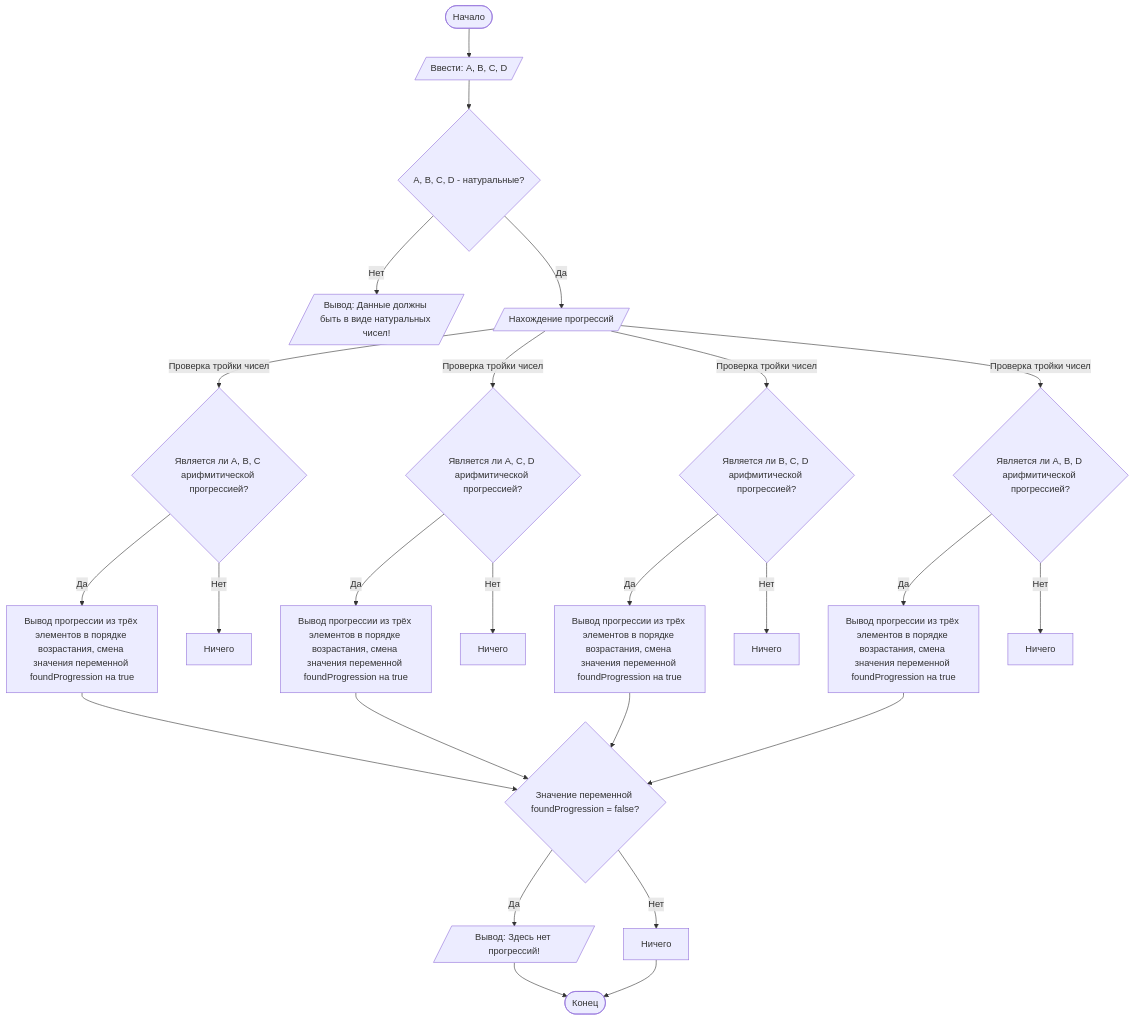
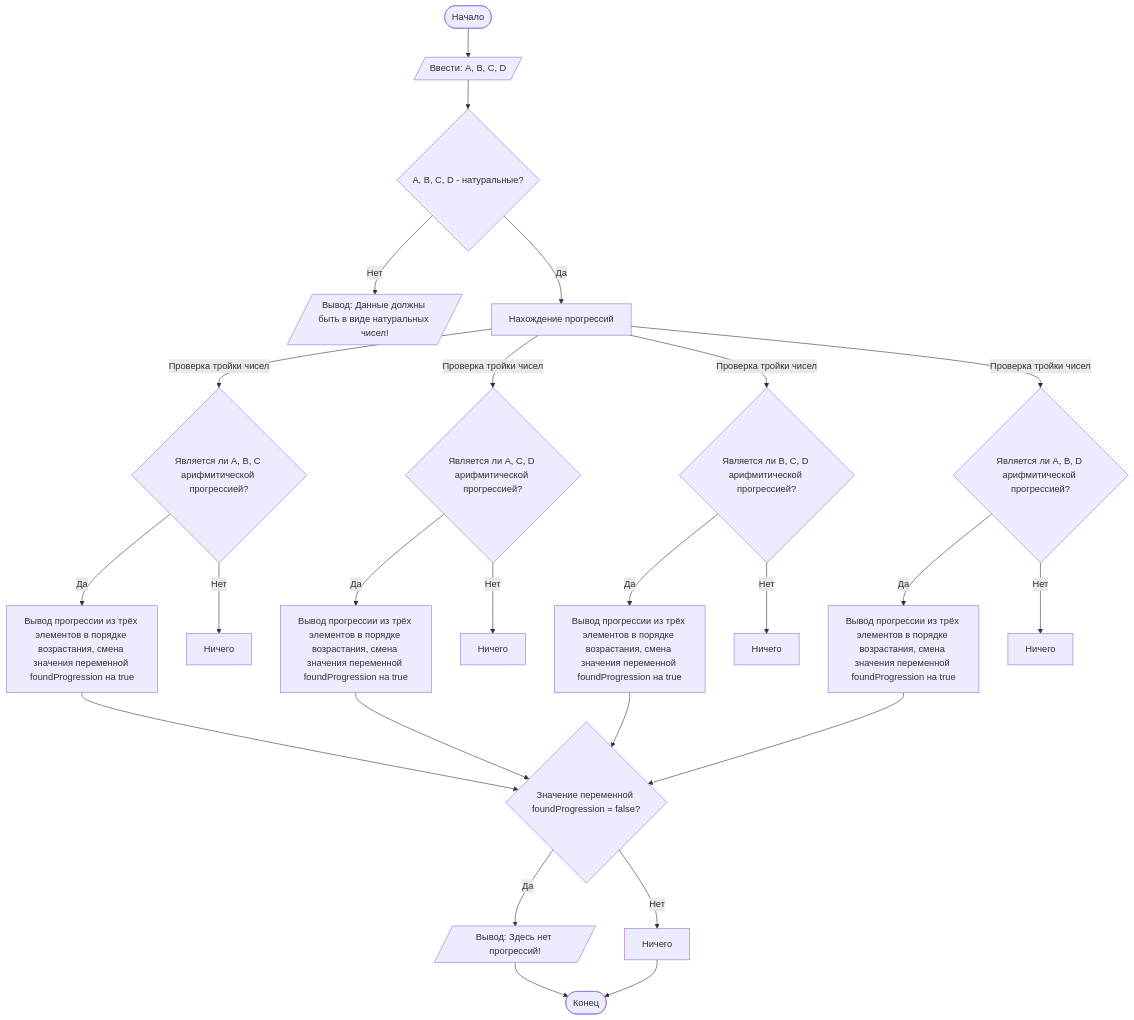
Before and after one commit to Matvey-Kh/Lab1: the diagram in README.md, drawn with Mermaid.

````diff
--- a/README.md
+++ b/README.md
@@ -92,26 +92,26 @@
 ```mermaid
 graph TD
     A([Начало]) --> B[/Ввести: A, B, C, D/]
     B --> C{A, B, C, D - натуральные?}
     C -- Нет --> D[/Вывод: Данные должны быть в виде натуральных чисел!/]
-    C -- Да --> L[/Нахождение прогрессий/]
+    C -- Да --> L[Нахождение прогрессий]
     L -- Проверка тройки чисел --> H{Является ли A, B, C арифмитической прогрессией?}
     L -- Проверка тройки чисел --> I{Является ли A, C, D арифмитической прогрессией?}
     L -- Проверка тройки чисел --> J{Является ли B, C, D арифмитической прогрессией?}
     L -- Проверка тройки чисел --> K{Является ли A, B, D арифмитической прогрессией?}
     H -- Да --> M1[Вывод прогрессии из трёх элементов в порядке возрастания, смена значения переменной foundProgression на true]
     H -- Нет --> M2[Ничего]
     I -- Да --> M3[Вывод прогрессии из трёх элементов в порядке возрастания, смена значения переменной foundProgression на true]
     I -- Нет --> M4[Ничего]
     J -- Да --> M5[Вывод прогрессии из трёх элементов в порядке возрастания, смена значения переменной foundProgression на true]
     J -- Нет --> M6[Ничего]
     K -- Да --> M7[Вывод прогрессии из трёх элементов в порядке возрастания, смена значения переменной foundProgression на true]
     K -- Нет --> M8[Ничего]
     M1 --> N{Значение переменной foundProgression = false?}
     M3 --> N{Значение переменной foundProgression = false?}
     M5 --> N{Значение переменной foundProgression = false?}
     M7 --> N{Значение переменной foundProgression = false?}
     N -- Да --> O1[/Вывод: Здесь нет прогрессий!/] --> Z([Конец])
     N -- Нет --> O2[Ничего] --> Z([Конец])
 
 ```
````
